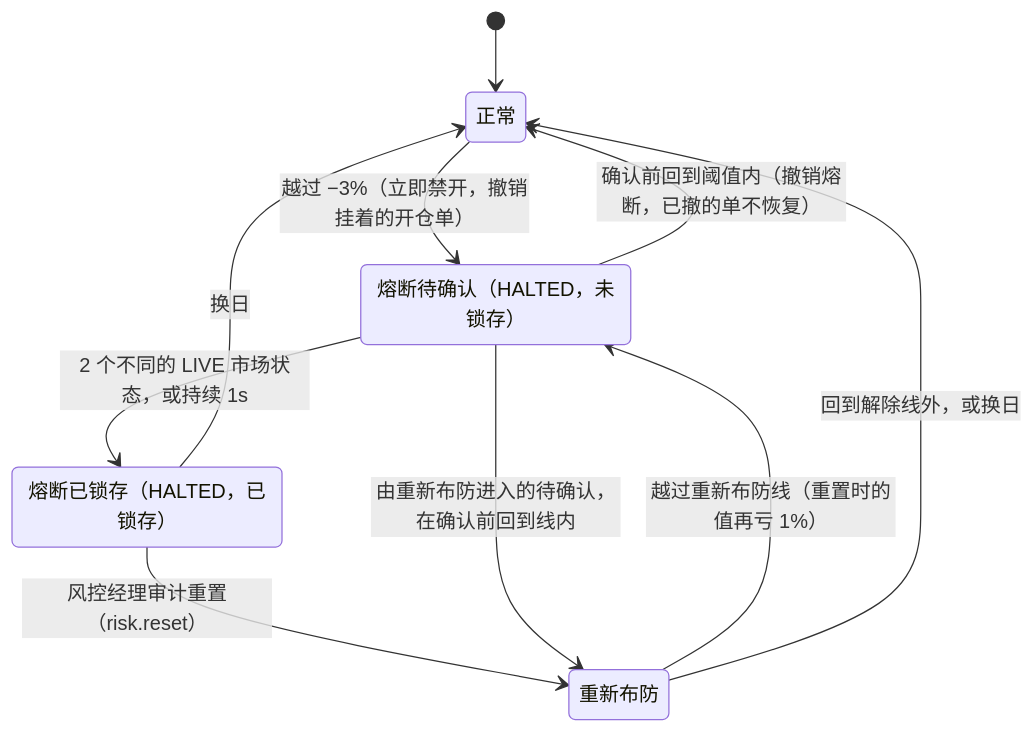
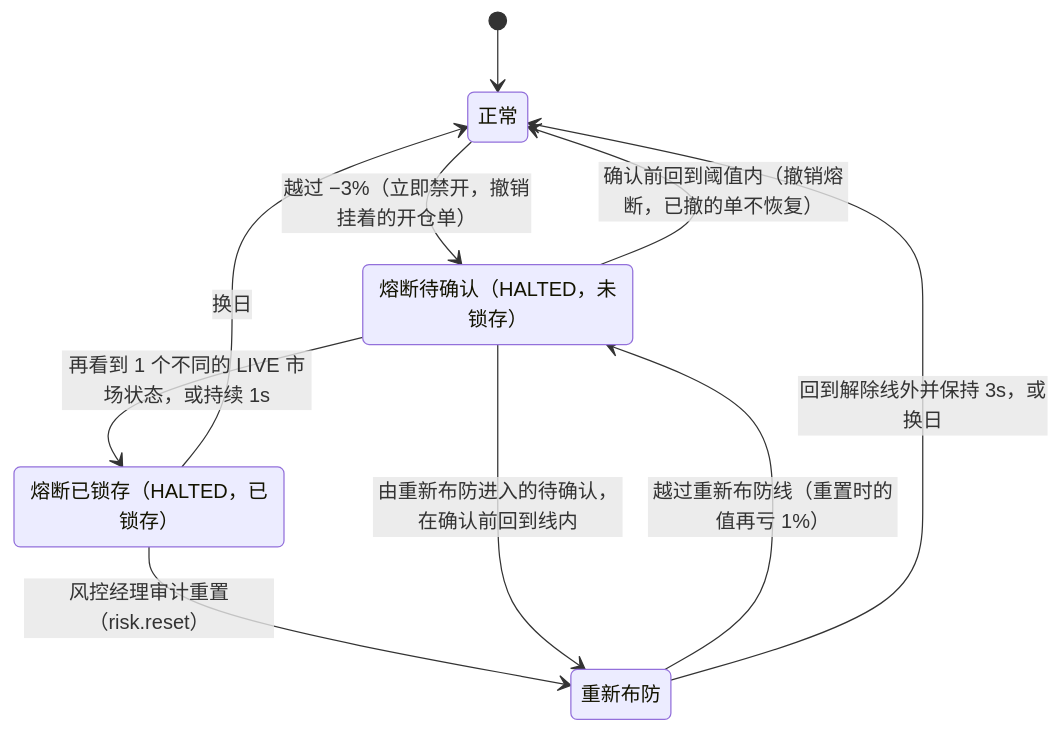
Before and after one commit to tom-xue-dev/futrisk: the second of 2 diagrams in docs/09-design-decisions.md, drawn with Mermaid. The commit also changed other lines of this file and 31 other files, not shown here.

First line of the commit message:
文档：按代码重建 docs 为 v1.0，全量验证并重拍截图

````diff
--- a/docs/09-design-decisions.md
+++ b/docs/09-design-decisions.md
@@ -333,16 +337,16 @@
 ```mermaid
 stateDiagram-v2
     state "正常" as NORMAL
     state "熔断待确认（HALTED，未锁存）" as PEND
     state "熔断已锁存（HALTED，已锁存）" as LATCHED
     state "重新布防" as REARM
     [*] --> NORMAL
     NORMAL --> PEND : 越过 −3%（立即禁开，撤销挂着的开仓单）
     PEND --> NORMAL : 确认前回到阈值内（撤销熔断，已撤的单不恢复）
-    PEND --> LATCHED : 2 个不同的 LIVE 市场状态，或持续 1s
+    PEND --> LATCHED : 再看到 1 个不同的 LIVE 市场状态，或持续 1s
     LATCHED --> REARM : 风控经理审计重置（risk.reset）
     LATCHED --> NORMAL : 换日
     REARM --> PEND : 越过重新布防线（重置时的值再亏 1%）
     PEND --> REARM : 由重新布防进入的待确认，在确认前回到线内
-    REARM --> NORMAL : 回到解除线外，或换日
+    REARM --> NORMAL : 回到解除线外并保持 3s，或换日
 ```
````
